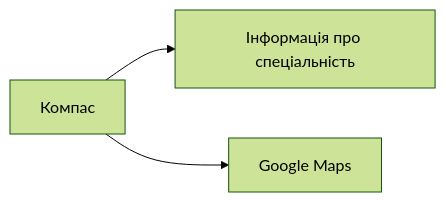
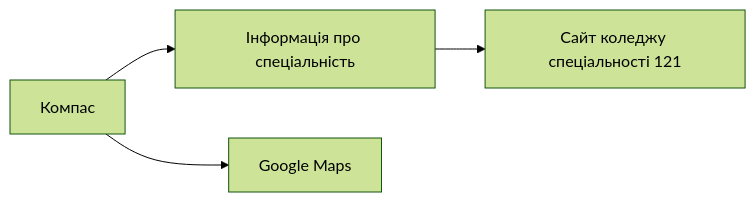
One commit to TeslenkoPavlo/SE-practice changed the first of 2 diagrams in README.md. Above: the diagram before and after it, drawn with Mermaid (forest theme).

````diff
--- a/README.md
+++ b/README.md
@@ -10,6 +10,7 @@
 ```mermaid
 graph LR
     B[Компас]
     B --> C[Інформація про спеціальність]
+    C --> E[Сайт коледжу спеціальності 121]
     B --> D[Google Maps]
 ```
````
